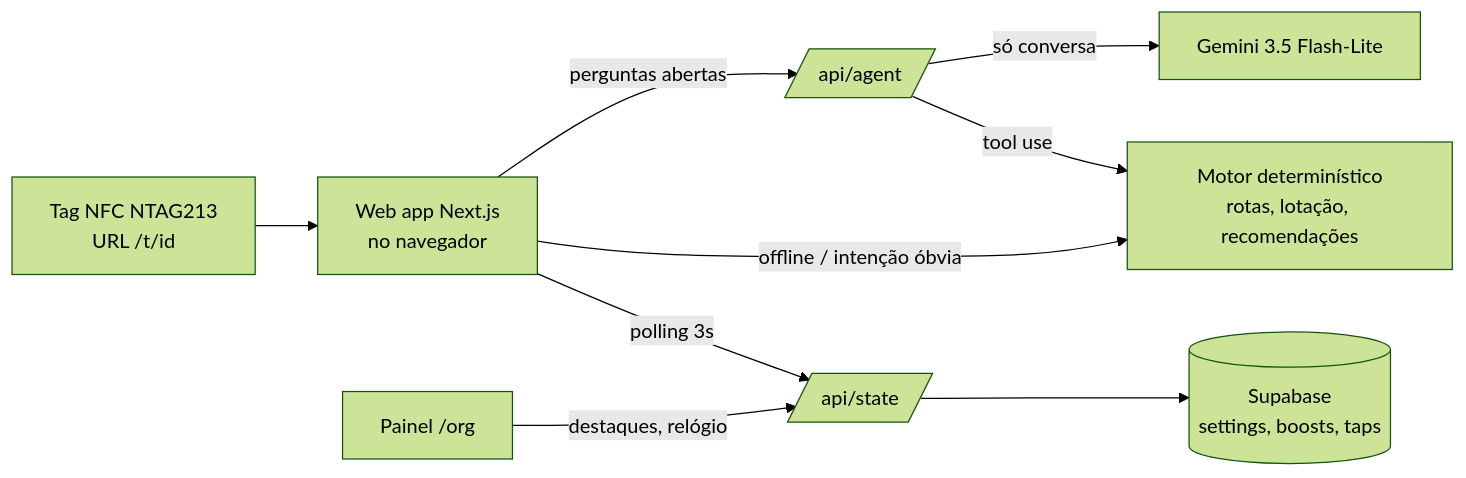
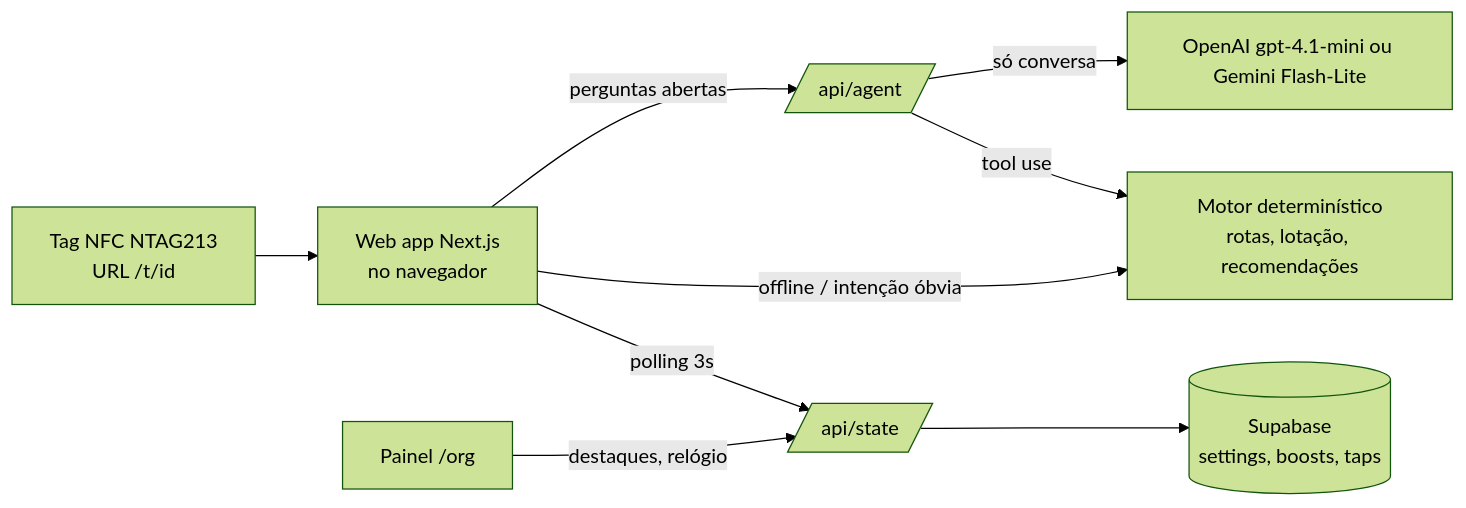
Before and after one commit to paulpessoa/recpass: the diagram in docs/02-solucao-e-arquitetura.md, drawn with Mermaid (forest theme). The commit also changed other lines of this file and 10 other files, not shown here.

Commit message:
Agente na OpenAI gpt-4.1-mini (Gemini como alternativa por chave); não afirma comodidades sem consultar

````diff
--- a/docs/02-solucao-e-arquitetura.md
+++ b/docs/02-solucao-e-arquitetura.md
@@ -33,11 +33,11 @@
 ```mermaid
 flowchart LR
   Tag[Tag NFC NTAG213<br/>URL /t/id] --> App[Web app Next.js<br/>no navegador]
   App -->|polling 3s| State[/api/state/]
   State --> SB[(Supabase<br/>settings, boosts, taps)]
   Org[Painel /org] -->|destaques, relógio| State
   App -->|perguntas abertas| Agent[/api/agent/]
   Agent -->|tool use| Engine[Motor determinístico<br/>rotas, lotação, recomendações]
-  Agent -->|só conversa| Gemini[Gemini 3.5 Flash-Lite]
+  Agent -->|só conversa| LLM[OpenAI gpt-4.1-mini ou Gemini Flash-Lite]
   App -->|offline / intenção óbvia| Engine
 ```
````
